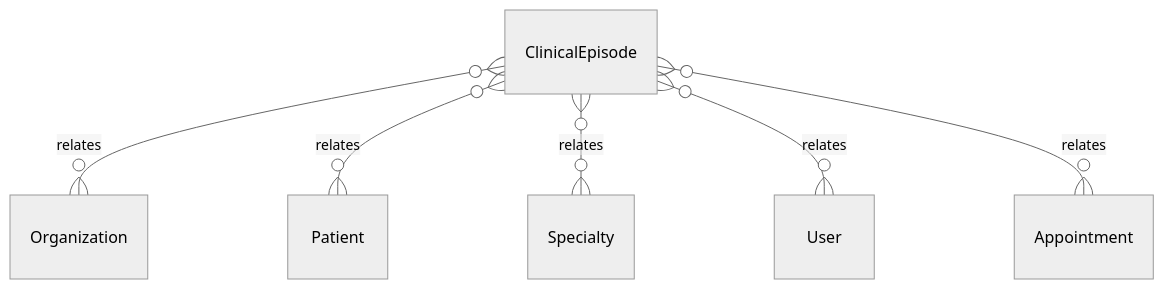
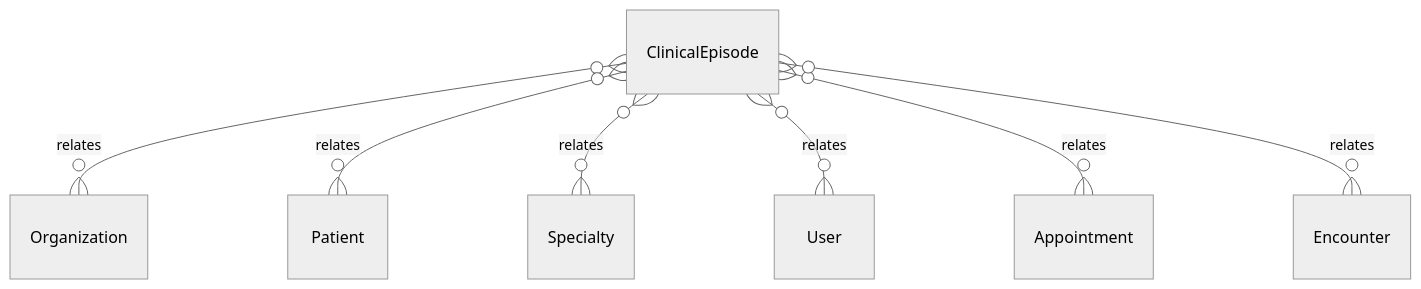
Before and after one commit to tejasnirala/rcln: the diagram in .kb/Database/ClinicalEpisode.md, drawn with Mermaid (neutral theme). The commit also changed other lines of this file and 102 other files, not shown here.

First line of the commit message:
feat(clinical): ce-3 the encounter and its lifecycle

````diff
--- a/.kb/Database/ClinicalEpisode.md
+++ b/.kb/Database/ClinicalEpisode.md
@@ -56,8 +57,9 @@
 ```mermaid
 erDiagram
     ClinicalEpisode }o--o{ Organization : relates
     ClinicalEpisode }o--o{ Patient : relates
     ClinicalEpisode }o--o{ Specialty : relates
     ClinicalEpisode }o--o{ User : relates
     ClinicalEpisode }o--o{ Appointment : relates
+    ClinicalEpisode }o--o{ Encounter : relates
 ```
````
